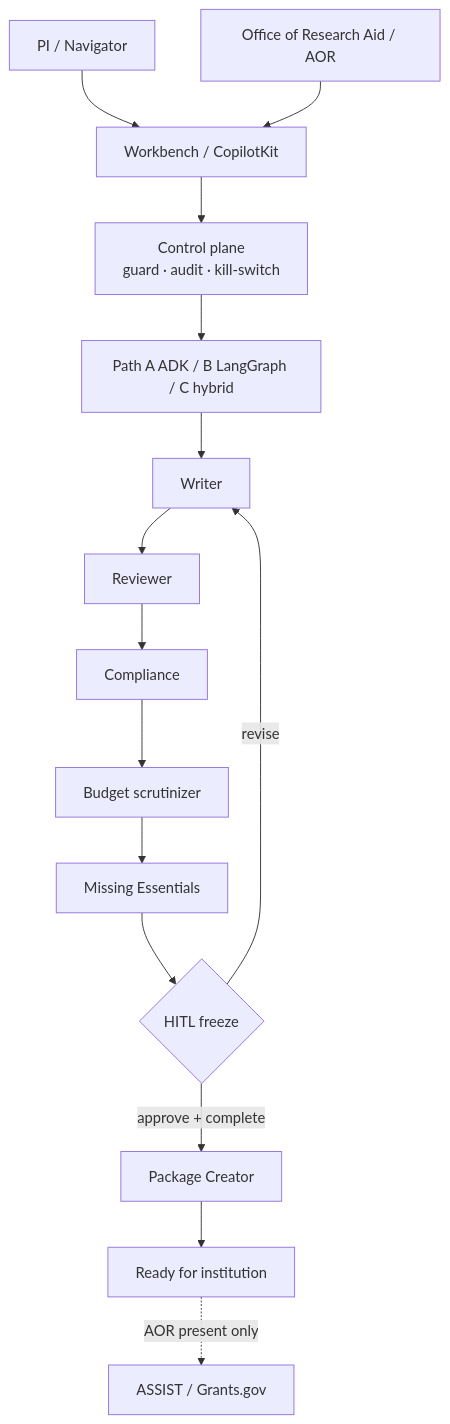
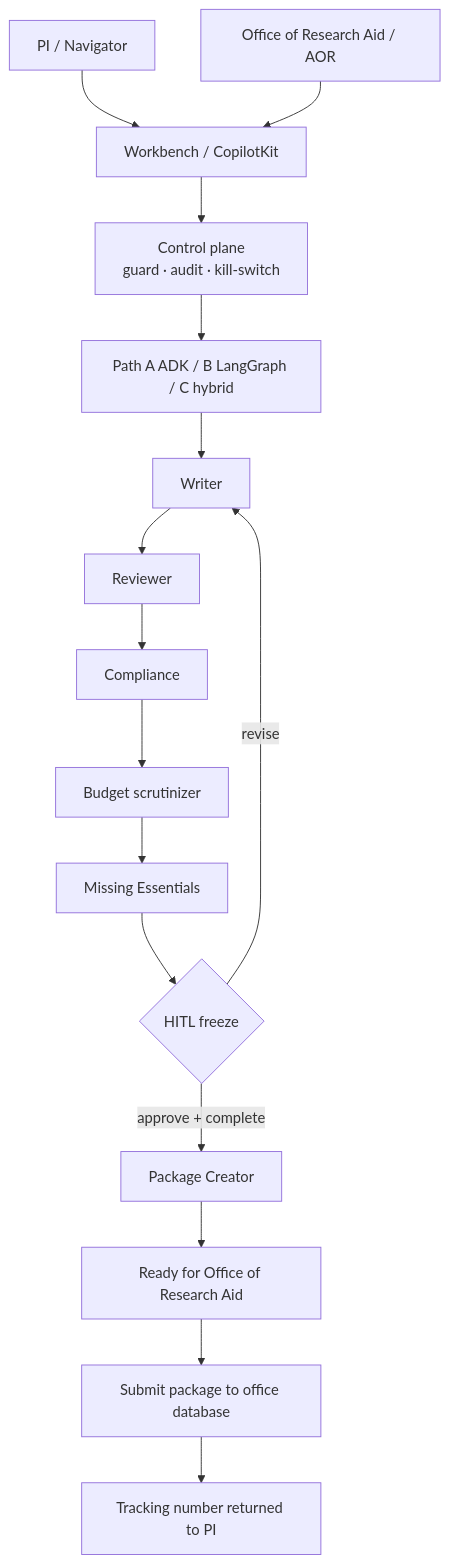
One commit to YPCC/grant-agent-lab changed the diagram in README.md. Above: the diagram before and after it, drawn with Mermaid. The commit also changed other lines of this file and 24 other files, not shown here.

First line of the commit message:
Replace NIH submit with Office of Research Aid intake

````diff
--- a/README.md
+++ b/README.md
@@ -9,17 +9,18 @@
 ```mermaid
 flowchart TD
   PI[PI / Navigator] --> UI[Workbench / CopilotKit]
   ORA["Office of Research Aid / AOR"] --> UI
   UI --> CP[Control plane<br/>guard · audit · kill-switch]
   CP --> ORCH[Path A ADK / B LangGraph / C hybrid]
   ORCH --> WR[Writer]
   WR --> RV[Reviewer]
   RV --> CC[Compliance]
   CC --> BS[Budget scrutinizer]
   BS --> ME[Missing Essentials]
   ME --> HITL{HITL freeze}
   HITL -->|revise| WR
   HITL -->|approve + complete| PK[Package Creator]
-  PK --> READY[Ready for institution]
-  READY -.->|AOR present only| ASSIST[ASSIST / Grants.gov]
+  PK --> READY[Ready for Office of Research Aid]
+  READY --> ODB[Submit package to office database]
+  ODB --> TRACK[Tracking number returned to PI]
 ```
````
